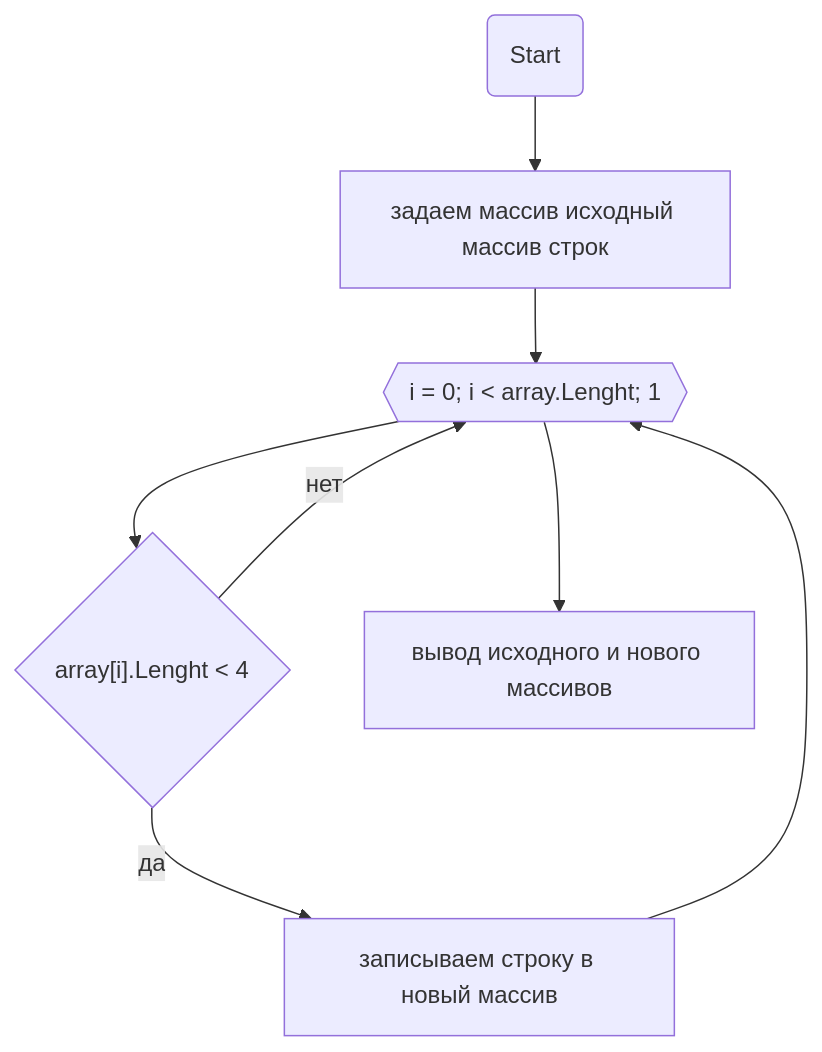
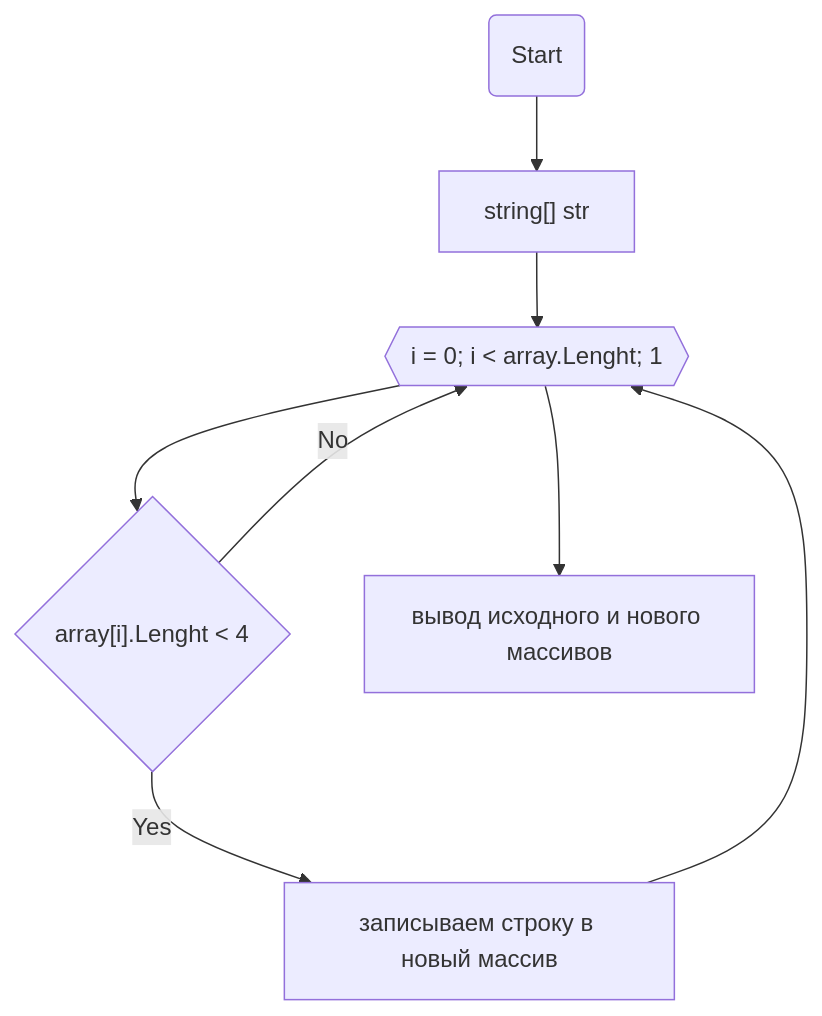
The diagram in README.md (Adalberto777/FinalTestWork), drawn with Mermaid before and after one commit.

Commit message:
block diagram

````diff
--- a/README.md
+++ b/README.md
@@ -14,10 +14,10 @@
 ```mermaid
   graph TB;       
-    node1(Start)  --> node2[задаем исходный массив строк];
-    node2[задаем массив исходный массив строк] --> node3{{"i = 0; i < array.Lenght; 1"}};
+    node1(Start)  --> node2["string[] str"];
+    node2["string[] str"] --> node3{{"i = 0; i < array.Lenght; 1"}};
     node3{{"i = 0; i < array.Lenght; 1"}} --> node4{"array[i].Lenght < 4"};
-    node4{"array[i].Lenght < 4"} -- да --> node5[записываем строку в новый массив];
+    node4{"array[i].Lenght < 4"} -- Yes --> node5[записываем строку в новый массив];
     node5[записываем строку в новый массив] --> node3{{"i = 0; i < array.Lenght; 1"}};
-    node4{"array[i].Lenght < 4"} -- нет --> node3{{"i=0; i<array.Lenght;1"}};
+    node4{"array[i].Lenght < 4"} -- No --> node3{{"i=0; i<array.Lenght;1"}};
     node3{{"i = 0; i < array.Lenght; 1"}} --> node6[вывод исходного и нового массивов];
 ```
````
